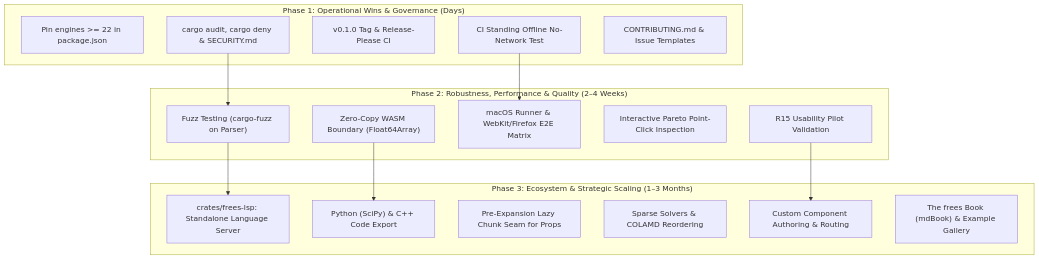
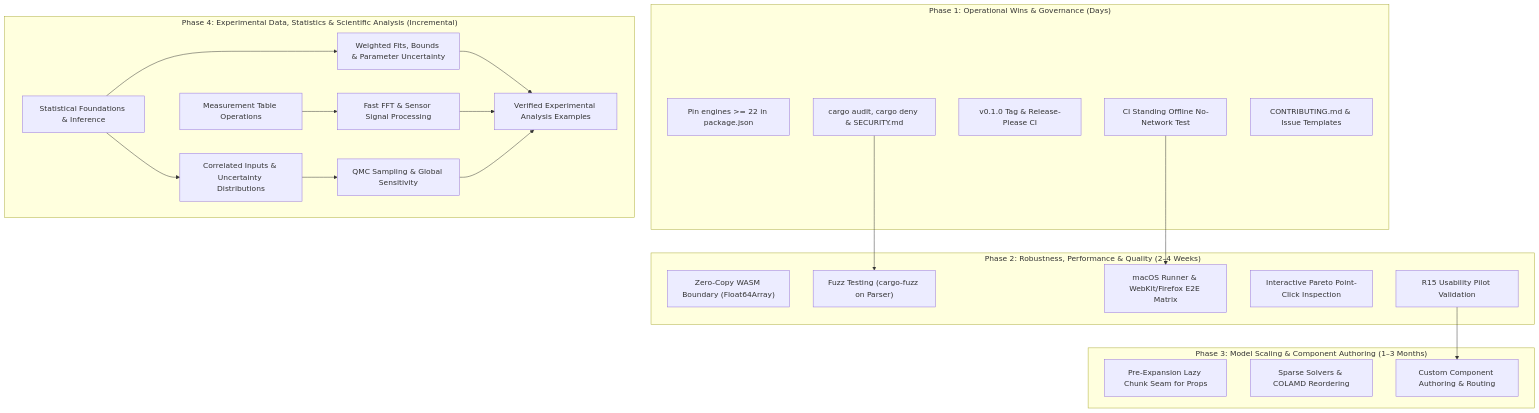
Before and after one commit to ernsoylu/frEES: the diagram in NEXT_STEPS.md, drawn with Mermaid. The commit also changed other lines of this file and 43 other files, not shown here.

First line of the commit message:
Phase 2 boundary & fuzzing, Phase 4.1 statistics, Phase 4.2 fitting, four new fluids (#21)

````diff
--- a/NEXT_STEPS.md
+++ b/NEXT_STEPS.md
@@ -21,33 +21,45 @@
 ```mermaid
 graph TD
     subgraph "Phase 1: Operational Wins & Governance (Days)"
         P1_Eng["Pin engines >= 22 in package.json"]
         P1_Sec["cargo audit, cargo deny & SECURITY.md"]
         P1_Rel["v0.1.0 Tag & Release-Please CI"]
         P1_Off["CI Standing Offline No-Network Test"]
         P1_Gov["CONTRIBUTING.md & Issue Templates"]
     end
 
     subgraph "Phase 2: Robustness, Performance & Quality (2–4 Weeks)"
         P2_ZC["Zero-Copy WASM Boundary (Float64Array)"]
         P2_Fuzz["Fuzz Testing (cargo-fuzz on Parser)"]
         P2_Cross["macOS Runner & WebKit/Firefox E2E Matrix"]
         P2_Pareto["Interactive Pareto Point-Click Inspection"]
         P2_Pilot["R15 Usability Pilot Validation"]
     end
 
-    subgraph "Phase 3: Ecosystem & Strategic Scaling (1–3 Months)"
-        P3_LSP["crates/frees-lsp: Standalone Language Server"]
-        P3_Codegen["Python (SciPy) & C++ Code Export"]
+    subgraph "Phase 3: Model Scaling & Component Authoring (1–3 Months)"
         P3_Lazy["Pre-Expansion Lazy Chunk Seam for Props"]
         P3_Sparse["Sparse Solvers & COLAMD Reordering"]
         P3_Custom["Custom Component Authoring & Routing"]
-        P3_Book["The frees Book (mdBook) & Example Gallery"]
+    end
+
+    subgraph "Phase 4: Experimental Data, Statistics & Scientific Analysis (Incremental)"
+        P4_Stats["Statistical Foundations & Inference"]
+        P4_Fit["Weighted Fits, Bounds & Parameter Uncertainty"]
+        P4_Unc["Correlated Inputs & Uncertainty Distributions"]
+        P4_Data["Measurement Table Operations"]
+        P4_Signal["Fast FFT & Sensor Signal Processing"]
+        P4_Global["QMC Sampling & Global Sensitivity"]
+        P4_Validate["Verified Experimental Analysis Examples"]
     end
 
     P1_Sec --> P2_Fuzz
     P1_Off --> P2_Cross
-    P2_ZC --> P3_Codegen
-    P2_Fuzz --> P3_LSP
     P2_Pilot --> P3_Custom
+    P4_Stats --> P4_Fit
+    P4_Stats --> P4_Unc
+    P4_Unc --> P4_Global
+    P4_Data --> P4_Signal
+    P4_Fit --> P4_Validate
+    P4_Signal --> P4_Validate
+    P4_Global --> P4_Validate
 ```
````
